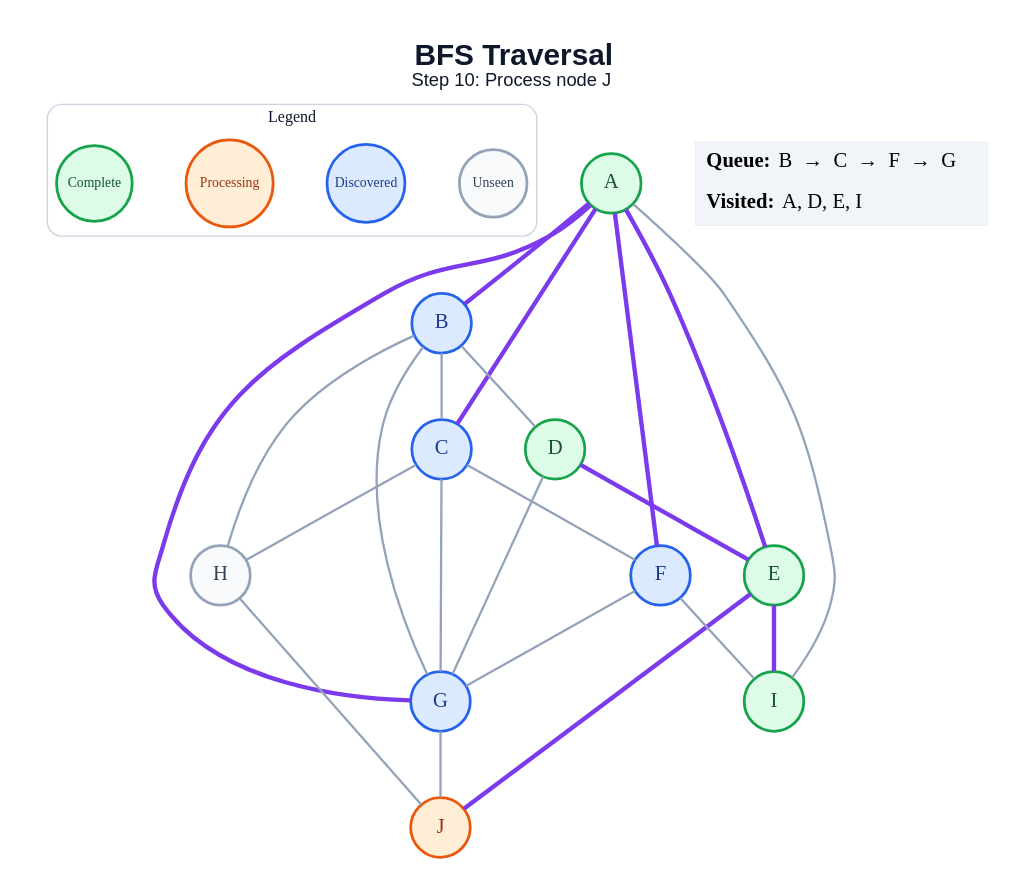
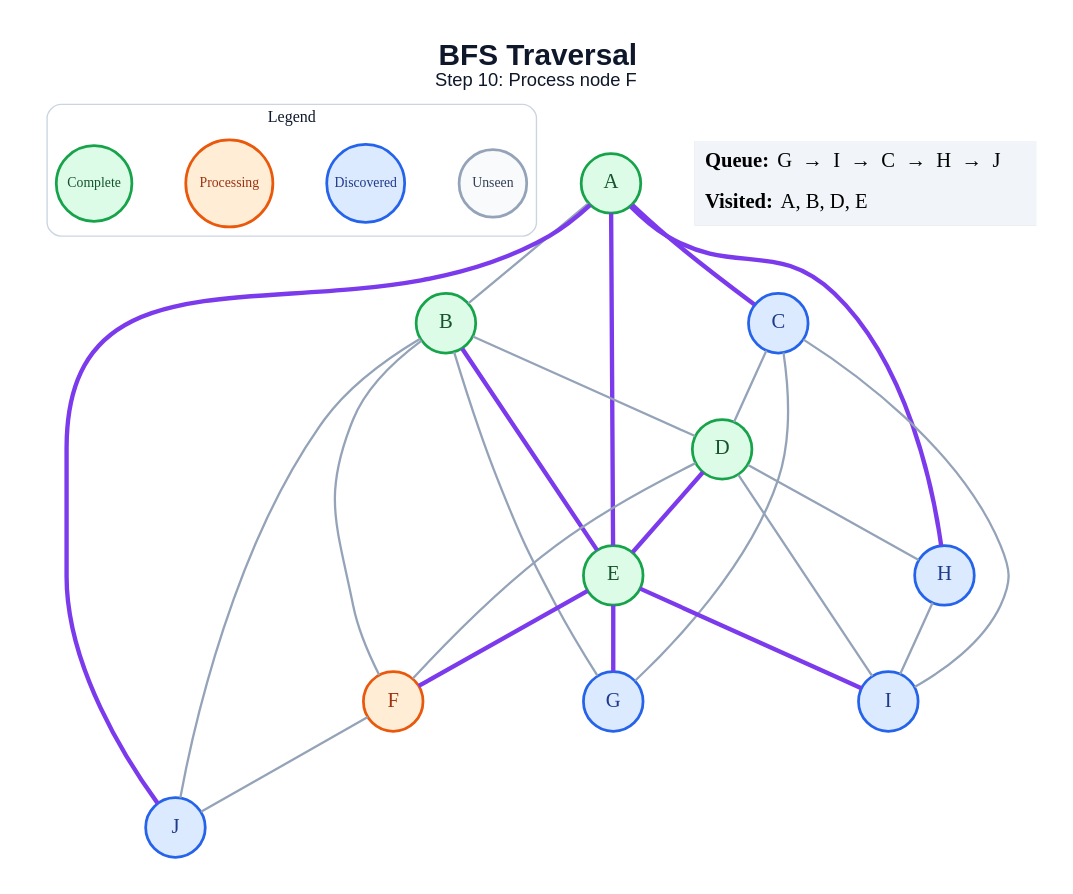
Before and after one commit to amanghodawala9/ai-slop: the diagram in generated/specific-node/bfs/step_10.dot, drawn with Graphviz. The commit also changed 178 other files, not shown here.

```diff
--- a/generated/specific-node/bfs/step_10.dot
+++ b/generated/specific-node/bfs/step_10.dot
@@ -1,50 +1,51 @@
 graph traversal {
   graph [layout=dot, rankdir=TB, bgcolor="#FFFFFF", pad="0.35", nodesep="0.65", ranksep="0.8", fontname="Arial"];
   node [shape=circle, style="filled", fontname="Arial Bold", fontsize=18, width=0.72, fixedsize=true, penwidth=2.4];
   edge [color="#94A3B8", penwidth=2.0];
-  label=<<B>BFS Traversal</B><BR/><FONT POINT-SIZE="16">Step 10: Process node J</FONT>>; labelloc="t"; fontsize=26; fontname="Arial"; fontcolor="#0F172A";
+  label=<<B>BFS Traversal</B><BR/><FONT POINT-SIZE="16">Step 10: Process node F</FONT>>; labelloc="t"; fontsize=26; fontname="Arial"; fontcolor="#0F172A";
   subgraph cluster_legend { label="Legend"; color="#CBD5E1"; penwidth=1.2; style="rounded"; fontsize=14; fontname="Arial Bold";
     key_unseen [label="Unseen", fillcolor="#F8FAFC", color="#94A3B8", fontcolor="#334155", fontsize=12, width=0.82];
     key_frontier [label="Discovered", fillcolor="#DBEAFE", color="#2563EB", fontcolor="#1E3A8A", fontsize=12, width=0.95];
     key_current [label="Processing", fillcolor="#FFEDD5", color="#EA580C", fontcolor="#9A3412", fontsize=12, width=1.05];
     key_done [label="Complete", fillcolor="#DCFCE7", color="#16A34A", fontcolor="#14532D", fontsize=12, width=0.92];
     { rank=same; key_unseen; key_frontier; key_current; key_done; }
   }
   A [fillcolor="#DCFCE7", color="#16A34A", fontcolor="#14532D"];
-  B [fillcolor="#DBEAFE", color="#2563EB", fontcolor="#1E3A8A"];
+  B [fillcolor="#DCFCE7", color="#16A34A", fontcolor="#14532D"];
   C [fillcolor="#DBEAFE", color="#2563EB", fontcolor="#1E3A8A"];
   D [fillcolor="#DCFCE7", color="#16A34A", fontcolor="#14532D"];
   E [fillcolor="#DCFCE7", color="#16A34A", fontcolor="#14532D"];
-  F [fillcolor="#DBEAFE", color="#2563EB", fontcolor="#1E3A8A"];
+  F [fillcolor="#FFEDD5", color="#EA580C", fontcolor="#9A3412"];
   G [fillcolor="#DBEAFE", color="#2563EB", fontcolor="#1E3A8A"];
-  H [fillcolor="#F8FAFC", color="#94A3B8", fontcolor="#334155"];
-  I [fillcolor="#DCFCE7", color="#16A34A", fontcolor="#14532D"];
-  J [fillcolor="#FFEDD5", color="#EA580C", fontcolor="#9A3412"];
-  A -- B [color="#7C3AED", penwidth=3.8];
+  H [fillcolor="#DBEAFE", color="#2563EB", fontcolor="#1E3A8A"];
+  I [fillcolor="#DBEAFE", color="#2563EB", fontcolor="#1E3A8A"];
+  J [fillcolor="#DBEAFE", color="#2563EB", fontcolor="#1E3A8A"];
+  A -- B;
   A -- C [color="#7C3AED", penwidth=3.8];
   A -- E [color="#7C3AED", penwidth=3.8];
-  A -- F [color="#7C3AED", penwidth=3.8];
-  A -- G [color="#7C3AED", penwidth=3.8];
-  A -- I;
-  B -- C;
+  A -- H [color="#7C3AED", penwidth=3.8];
+  A -- J [color="#7C3AED", penwidth=3.8];
   B -- D;
+  B -- E [color="#7C3AED", penwidth=3.8];
+  B -- F;
   B -- G;
-  B -- H;
-  C -- F;
+  B -- J;
+  C -- D;
   C -- G;
-  C -- H;
+  C -- I;
   D -- E [color="#7C3AED", penwidth=3.8];
-  D -- G;
+  D -- F;
+  D -- H;
+  D -- I;
+  E -- F [color="#7C3AED", penwidth=3.8];
+  E -- G [color="#7C3AED", penwidth=3.8];
   E -- I [color="#7C3AED", penwidth=3.8];
-  E -- J [color="#7C3AED", penwidth=3.8];
-  F -- G;
-  F -- I;
-  G -- J;
-  H -- J;
+  F -- J;
+  H -- I;
   status [shape=plain, fixedsize=false, width=0, height=0, margin=0, label=<
     <TABLE BORDER="0" CELLBORDER="0" CELLPADDING="7" BGCOLOR="#F1F5F9">
-      <TR><TD ALIGN="LEFT"><B>Queue:</B> B  →  C  →  F  →  G</TD></TR>
-      <TR><TD ALIGN="LEFT"><B>Visited:</B> A, D, E, I</TD></TR>
+      <TR><TD ALIGN="LEFT"><B>Queue:</B> G  →  I  →  C  →  H  →  J</TD></TR>
+      <TR><TD ALIGN="LEFT"><B>Visited:</B> A, B, D, E</TD></TR>
     </TABLE>
   >];
 }
```
